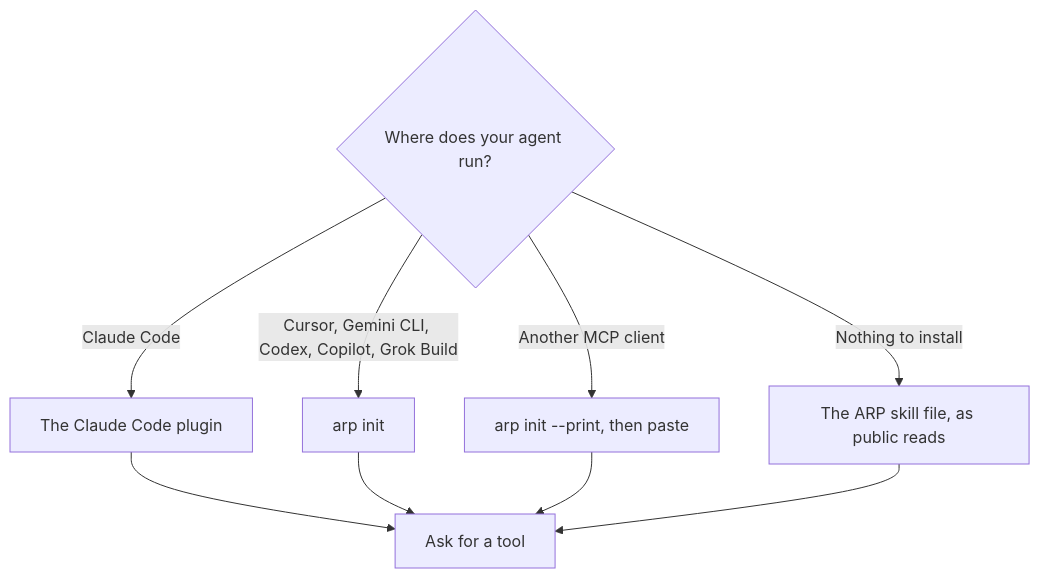
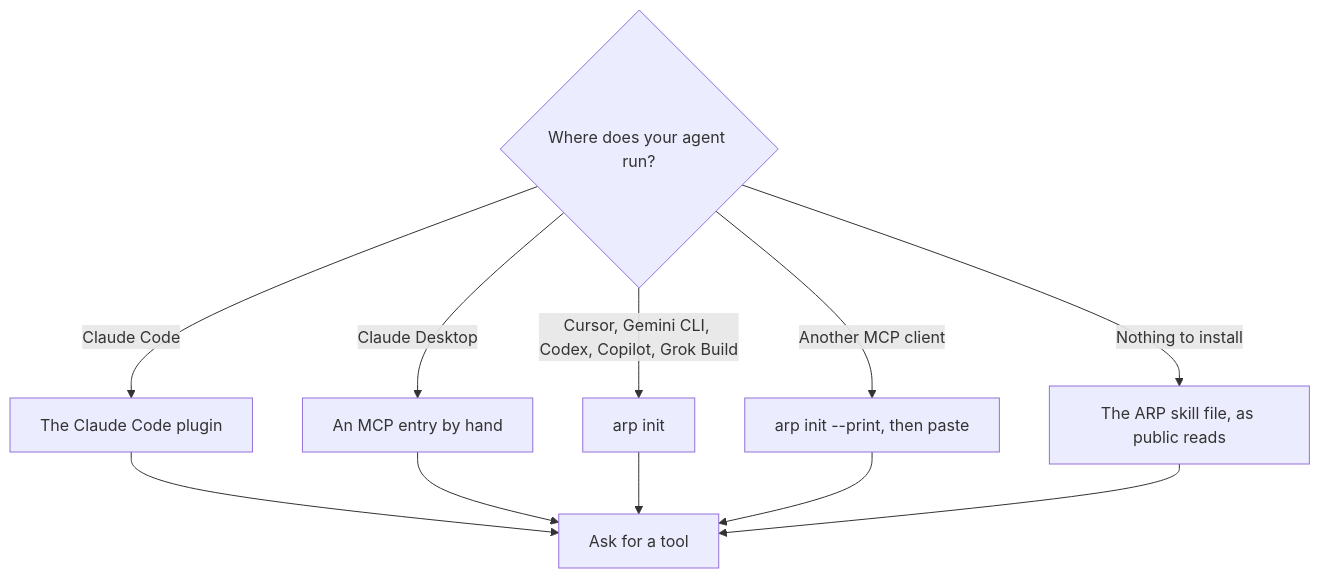
Before and after one commit to intuition-box/ARP: the first of 2 diagrams in apps/web/public/docs/quickstart.md, drawn with Mermaid. The commit also changed other lines of this file and 12 other files, not shown here.

````diff
--- a/apps/web/public/docs/quickstart.md
+++ b/apps/web/public/docs/quickstart.md
@@ -7,12 +7,14 @@
 ```mermaid
 flowchart TD
     Q{"Where does your agent run?"}
     Q -- "Claude Code" --> P["The Claude Code plugin"]
+    Q -- "Claude Desktop" --> D["An MCP entry by hand"]
     Q -- "Cursor, Gemini CLI, Codex, Copilot, Grok Build" --> I["arp init"]
     Q -- "Another MCP client" --> R["arp init --print, then paste"]
     Q -- "Nothing to install" --> S["The ARP skill file, as public reads"]
     P --> T["Ask for a tool"]
+    D --> T
     I --> T
     R --> T
     S --> T
 ```
````
